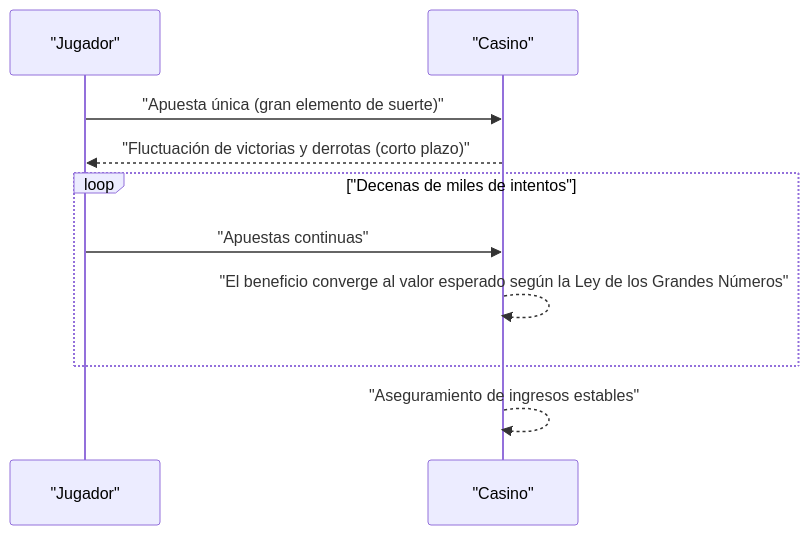
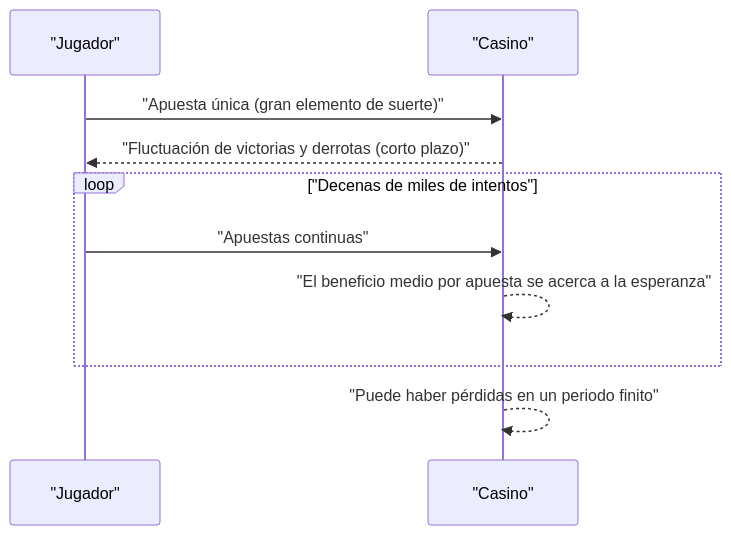
Before and after one commit to kenjinote/blog: the second of 2 diagrams in content/post/law-of-large-numbers/index.es.md, drawn with Mermaid. The commit also changed other lines of this file and 12 other files, not shown here.

````diff
--- a/content/post/law-of-large-numbers/index.es.md
+++ b/content/post/law-of-large-numbers/index.es.md
@@ -53,12 +53,12 @@
 ```mermaid
 sequenceDiagram
     participant P as "Jugador"
     participant C as "Casino"
     P->>C: "Apuesta única (gran elemento de suerte)"
     C-->>P: "Fluctuación de victorias y derrotas (corto plazo)"
     loop "Decenas de miles de intentos"
         P->>C: "Apuestas continuas"
-        C-->>C: "El beneficio converge al valor esperado según la Ley de los Grandes Números"
+        C-->>C: "El beneficio medio por apuesta se acerca a la esperanza"
     end
-    C-->>C: "Aseguramiento de ingresos estables"
+    C-->>C: "Puede haber pérdidas en un periodo finito"
 ```
````
